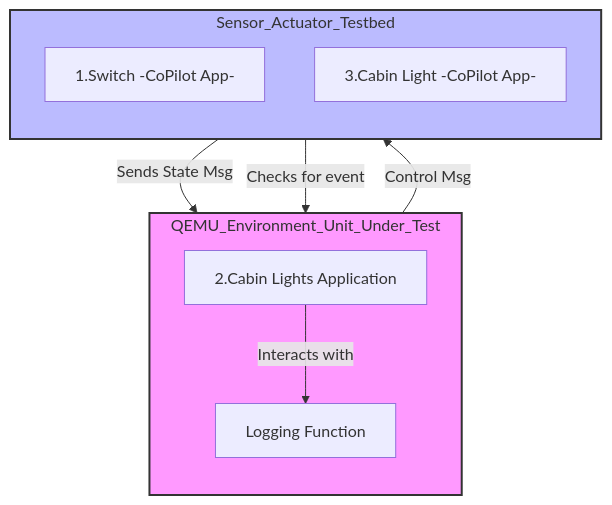
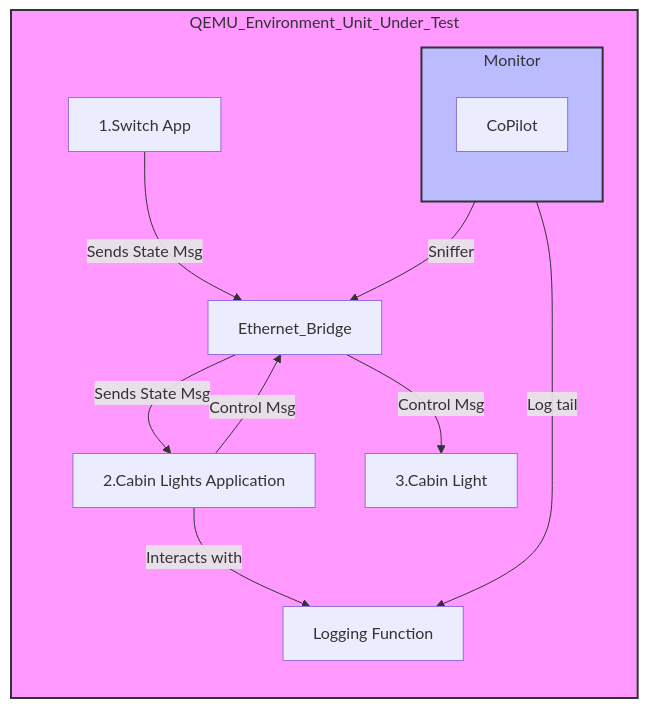
The first of 2 diagrams in Aerospace-Uses-Cases.md (elisa-tech/wg-aerospace), drawn with Mermaid before and after one commit. The commit also changed other lines of this file, not shown here.

````diff
--- a/Aerospace-Uses-Cases.md
+++ b/Aerospace-Uses-Cases.md
@@ -48,23 +32,31 @@
     ```mermaid
     %%{init: {'theme': 'default'}}%%
     graph TD
         subgraph QEMU_Environment_Unit_Under_Test
             direction TB
+        Ethernet_Bridge
             App[2.Cabin Lights Application] 
             Log[Logging Function]
+            Sensor[1.Switch App]
+            Actuator[3.Cabin Light]
+
+        subgraph Monitor
+            direction TB
+            Copilot[CoPilot]
         end
 
-        subgraph Sensor_Actuator_Testbed
-            direction TB
-            Sensor[1.Switch -CoPilot App-]
-            Actuator[3.Cabin Light -CoPilot App-]
         end
 
+
+
         App -->|Interacts with| Log
-        Sensor -->|Sends State Msg| App
-        App -->|Control Msg| Actuator
-        Actuator -->|Checks for event| Log
+        Sensor -->|Sends State Msg| Ethernet_Bridge
+        Copilot -->|Sniffer| Ethernet_Bridge
+        Ethernet_Bridge -->|Sends State Msg| App
+        App -->|Control Msg| Ethernet_Bridge
+        Ethernet_Bridge -->|Control Msg| Actuator
+        Copilot -->|Log tail| Log
 
         style QEMU_Environment_Unit_Under_Test fill:#f9f,stroke:#333,stroke-width:2px;
-        style Sensor_Actuator_Testbed fill:#bbf,stroke:#333,stroke-width:2px;
+        style Monitor fill:#bbf,stroke:#333,stroke-width:2px;
     ```
````
